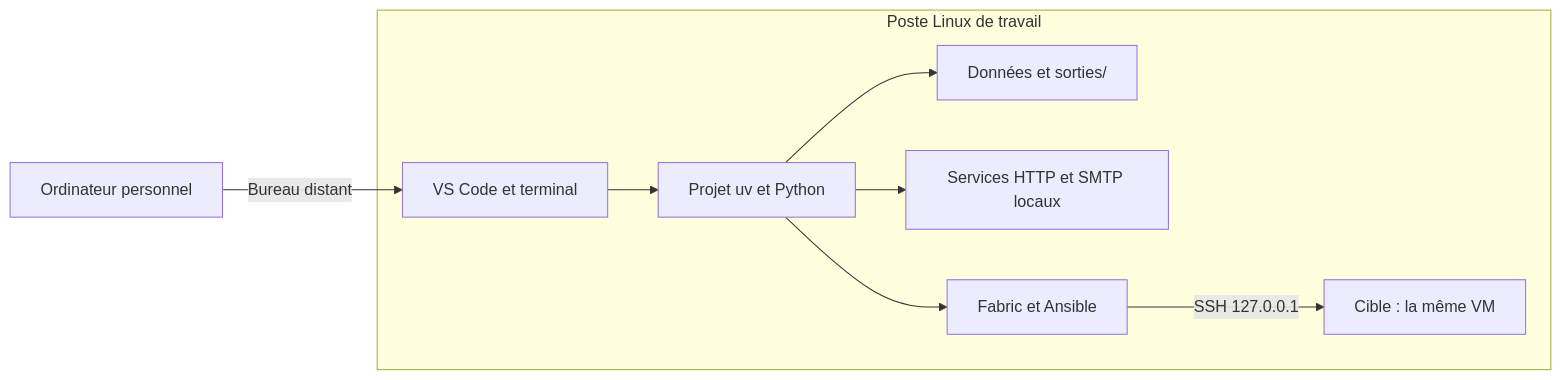
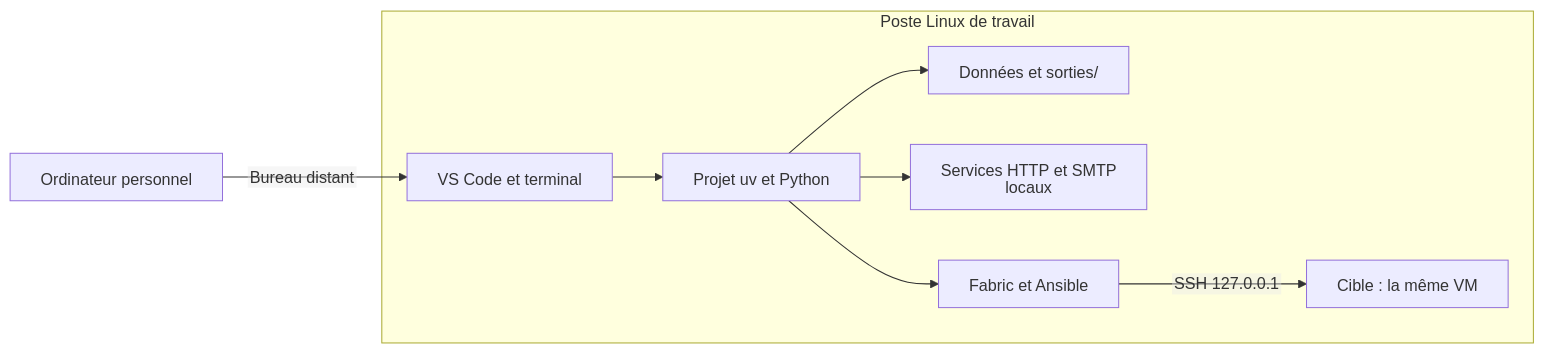
One commit to lapeyrade/formation-python changed the diagram in docs/installation.md. Above: the diagram before and after it, drawn with Mermaid. The commit also changed 17 other files, not shown here.

````diff
--- a/docs/installation.md
+++ b/docs/installation.md
@@ -7,13 +7,14 @@
 ```mermaid
+%%{init: {"htmlLabels": false, "flowchart": {"htmlLabels": false}}}%%
 flowchart LR
   accTitle: Où le projet s’exécute dans le poste distant
   accDescr: L’ordinateur personnel affiche le bureau distant. Le poste Linux contient l’éditeur, le terminal, le projet uv, les données et les sorties. Fabric et Ansible y accèdent au serveur SSH de cette même VM.
   PC["Ordinateur personnel"] -->|Bureau distant| T
   subgraph POSTE["Poste Linux de travail"]
     T["VS Code et terminal"] --> P["Projet uv et Python"]
     P --> O["Données et sorties/"]
-    P --> L["Services HTTP et SMTP locaux"]
+    P --> L["Services HTTP et SMTP<br/>locaux"]
     P --> F["Fabric et Ansible"]
     F -->|SSH 127.0.0.1| C["Cible : la même VM"]
   end
 ```
````
